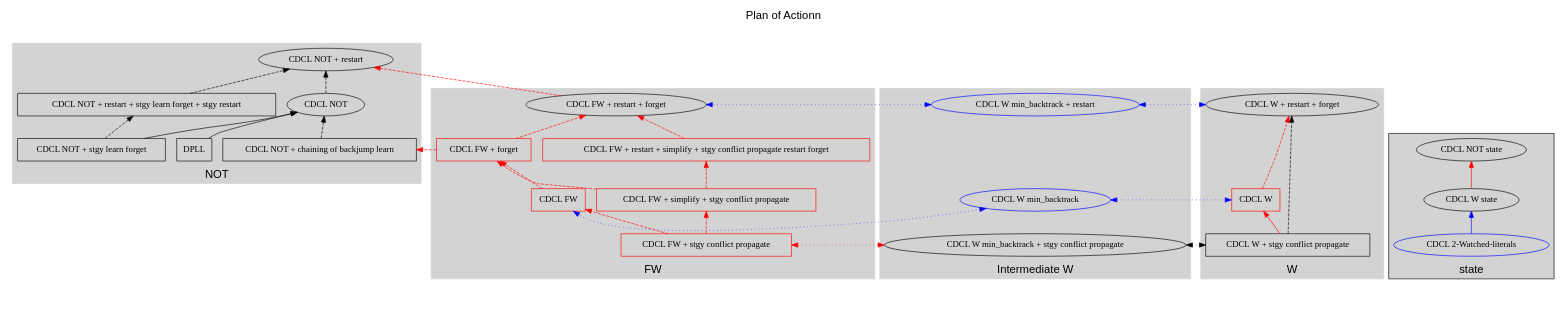
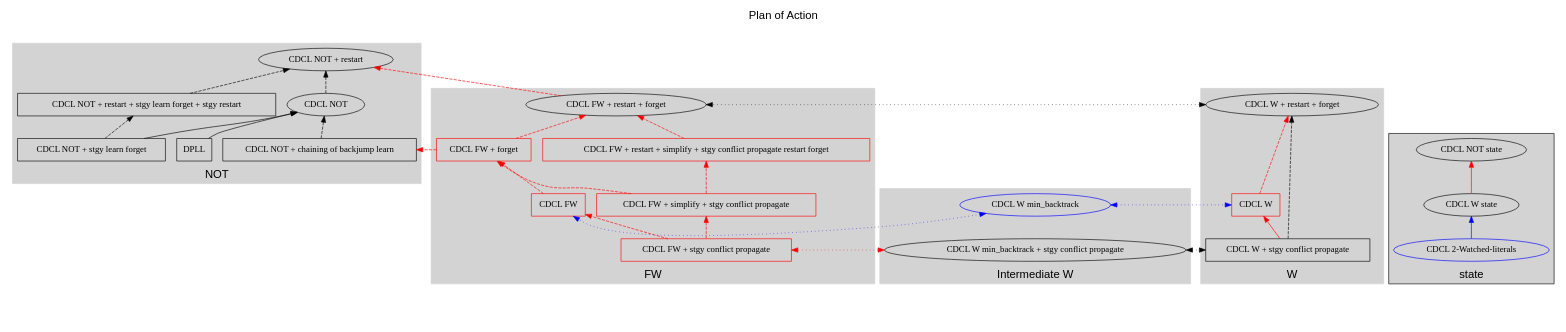
The diagram in Weidenbach_Book/CDCL.dot (IsaFoL/IsaFoL), drawn with Graphviz before and after one commit.

Commit message:
update dot file

```diff
--- a/Weidenbach_Book/CDCL.dot
+++ b/Weidenbach_Book/CDCL.dot
@@ -1,125 +1,122 @@
 //dot -o CDCL.pdf -Tpdf CDCL.dot
-digraph CDCL {
+Digraph CDCL {
 	rankdir=BT;
-	graph [label="Plan of Actionn\n\n", labelloc=t; labeljust=center, fontname=Helvetica, fontsize=18];
+	graph [label="Plan of Action\n\n", labelloc=t; labeljust=center, fontname=Helvetica, fontsize=18];
 	minlen=100;
 	
 	newrank=true;
 	
 	subgraph cluster_not {
 		label="NOT";
 		style=filled;
 		color=lightgrey;
   		CDCL_NOT_restart [label="CDCL NOT + restart"];
   		CDCL_NOT [label="CDCL NOT"];
   		CDCL_NOT_restart_stgy_learn_forget_restart[label="CDCL NOT + restart + stgy learn forget + stgy restart", shape=box];
   		CDCL_NOT_chaining [label="CDCL NOT + chaining of backjump learn", shape=box];
   		DPLL [label="DPLL", shape=box];
 		CDCL_NOT_stgy_learn_forget [label="CDCL NOT + stgy learn forget", shape=box];
 				
 		
 	}
 
 	CDCL_NOT_stgy_learn_forget -> CDCL_NOT;
 	CDCL_NOT -> CDCL_NOT_restart [style=dashed];
 	CDCL_NOT_stgy_learn_forget -> CDCL_NOT_restart_stgy_learn_forget_restart [style=dashed];
 	CDCL_NOT_restart_stgy_learn_forget_restart -> CDCL_NOT_restart [style=dashed];
 	DPLL -> CDCL_NOT;
 
 	CDCL_NOT_chaining -> CDCL_NOT [style=dashed];
 	subgraph cluster_phantom{
 	  style = invis;
 	  
   	subgraph cluster_w_fw {
   		label="Intermediate W";
   		style=filled;
   		color=lightgrey;
-  		CDCL_W_min_backtrack_restart [label="CDCL W min_backtrack + restart", color=blue];
   		CDCL_W_min_backtrack [label="CDCL W min_backtrack", color=blue];
   		CDCL_W_min_backtrack_stgy_conflict_propagate [label="CDCL W min_backtrack + stgy conflict propagate"];
   	}
   	subgraph cluster_fw {
   		style=filled;
   		color=lightgrey;
   		label="FW";
   		CDCL_FW [label="CDCL FW", color=red, shape=box];
   		CDCL_FW_forget [label="CDCL FW + forget", color=red, shape=box];
 		
   		CDCL_FW_stgy_conflict_propagate_simplify_restart [label="CDCL FW + restart + simplify + stgy conflict propagate restart forget", color=red, shape=box];
   		CDCL_FW_simplify_stgy_conflict_propagate [label="CDCL FW + simplify + stgy conflict propagate", color=red, shape=box];
   		CDCL_FW_stgy_conflict_propagate [label="CDCL FW + stgy conflict propagate", color=red, shape=box];
   		CDCL_FW_forget_restart [label="CDCL FW + restart + forget"];
   	}
 	}
 	CDCL_FW_stgy_conflict_propagate_simplify_restart -> CDCL_FW_forget_restart [style=dashed, color=red];
 	CDCL_FW_forget -> CDCL_NOT_chaining [style=dashed, color=red];
 	CDCL_FW_forget -> CDCL_FW_forget_restart [style=dashed, color=red];
 	CDCL_FW_forget_restart -> CDCL_NOT_restart [style=dashed, color=red];
 	CDCL_FW -> CDCL_FW_forget [style=dashed, color=red];
 	CDCL_FW_stgy_conflict_propagate ->  CDCL_FW[style=dashed, color=red];
 	CDCL_FW_stgy_conflict_propagate -> CDCL_FW_simplify_stgy_conflict_propagate[style=dashed, color=red];
 	CDCL_FW_simplify_stgy_conflict_propagate -> CDCL_FW_stgy_conflict_propagate_simplify_restart[style=dashed, color=red];
 
 
-	subgraph cluster_cw {
+	subgraph cluster_w {
 		label="W";
 		style=filled;
 		color=lightgrey;
 		CDCL_W [label="CDCL W", color=red, shape=box];
 		CDCL_W_forget_restart [label="CDCL W + restart + forget"];
 		CDCL_W_stgy_conflict_propagate [label="CDCL W + stgy conflict propagate", shape=box];
 	}
 	CDCL_W -> CDCL_W_forget_restart[color=red, style=dashed];
 	CDCL_W_stgy_conflict_propagate -> CDCL_W_forget_restart[style=dashed];
 	CDCL_W_stgy_conflict_propagate -> CDCL_W[color=red];
-	CDCL_W_min_backtrack_restart -> CDCL_FW_forget_restart[style=dotted, color=blue, dir="both"];
+	CDCL_W_forget_restart -> CDCL_FW_forget_restart[style=dotted, dir="both"];
 
 	CDCL_W_min_backtrack -> CDCL_FW[style=dotted, dir="both", color=blue];
 	CDCL_W_min_backtrack -> CDCL_W[style=dotted, dir="both", color=blue];
 
 	CDCL_W_min_backtrack_stgy_conflict_propagate -> CDCL_W_stgy_conflict_propagate[style=dotted, dir="both"];
 	CDCL_W_min_backtrack_stgy_conflict_propagate -> CDCL_FW_stgy_conflict_propagate[style=dotted, dir="both", color=red];
-	CDCL_W_forget_restart -> CDCL_W_min_backtrack_restart[style=dotted, dir="both",color=blue];
 	CDCL_FW_simplify_stgy_conflict_propagate -> CDCL_FW_forget[style=dashed, color = red];
 	
 
 	subgraph cluster_state {
 		label="state";
 		style=filled;
 		CDCL_NOT_state [label="CDCL NOT state"];
 		CDCL_W_state [label="CDCL W state"];
 		CDCL_WL [label="CDCL 2-Watched-literals", color=blue];
 	}
 
 	CDCL_W_state -> CDCL_NOT_state[color=red];
 	CDCL_WL -> CDCL_W_state[color=blue];
 	
 	{rank=same;
 		CDCL_W
 		//CDCL_NOT
 		CDCL_W_min_backtrack
 		CDCL_FW
 		
 		};
 
 	{rank=same;
 		CDCL_W_forget_restart;
 		CDCL_FW_forget_restart;
-		CDCL_W_min_backtrack_restart;
 		
 	}
 
 	{rank=sink
 		CDCL_W_min_backtrack_stgy_conflict_propagate
 		CDCL_W_stgy_conflict_propagate
 		CDCL_FW_stgy_conflict_propagate
 	}
 	
 	{rank=same
 		CDCL_NOT_chaining
 		CDCL_FW_forget
 		DPLL
 		CDCL_NOT_stgy_learn_forget
 		//CDCL_FW
 	}
 }
```
